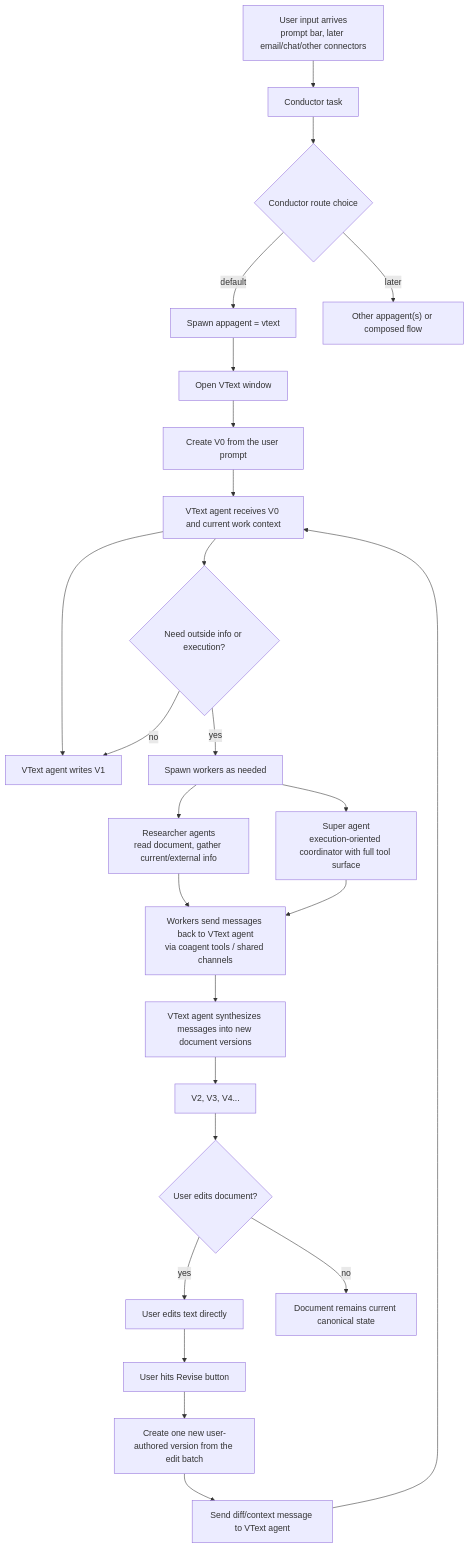
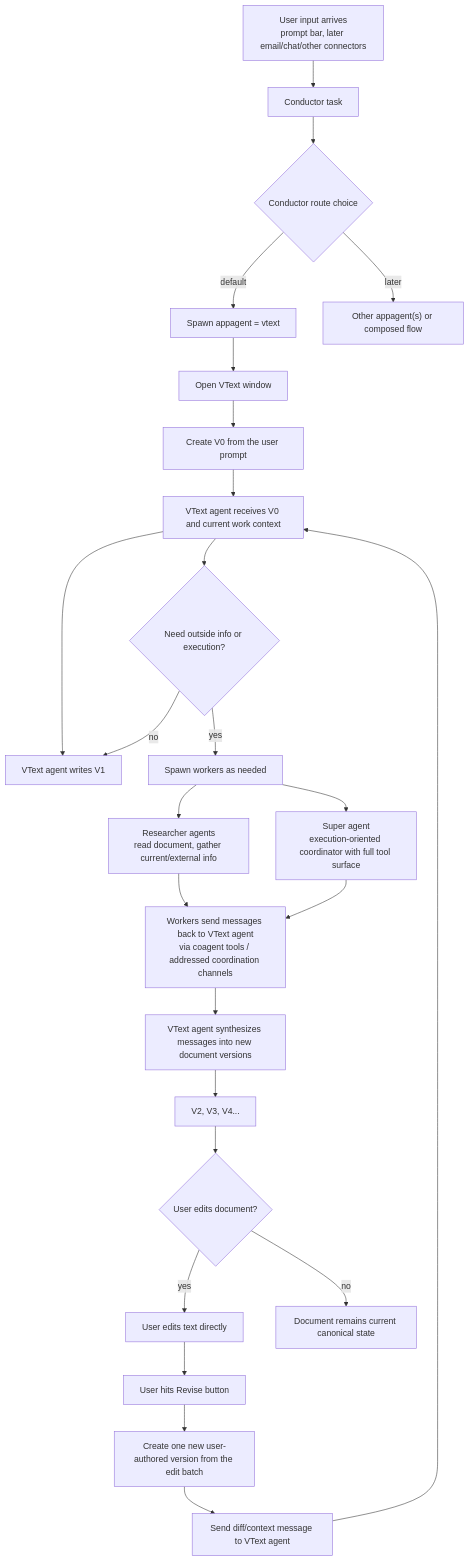
Before and after one commit to yusefmosiah/go-choir: the diagram in PROJECT-GOALS.md, drawn with Mermaid. The commit also changed 21 other files, not shown here.

````diff
--- a/PROJECT-GOALS.md
+++ b/PROJECT-GOALS.md
@@ -30,32 +30,32 @@
 ```mermaid
 flowchart TD
     A["User input arrives<br/>prompt bar, later email/chat/other connectors"] --> B["Conductor task"]
     B --> C{"Conductor route choice"}
     C -->|default| D["Spawn appagent = vtext"]
     C -->|later| E["Other appagent(s) or composed flow"]
 
     D --> F["Open VText window"]
     F --> G["Create V0 from the user prompt"]
     G --> H["VText agent receives V0 and current work context"]
 
     H --> I["VText agent writes V1"]
     H --> J{"Need outside info or execution?"}
     J -->|yes| K["Spawn workers as needed"]
     J -->|no| I
 
     K --> L["Researcher agents<br/>read document, gather current/external info"]
     K --> M["Super agent<br/>execution-oriented coordinator with full tool surface"]
 
-    L --> N["Workers send messages back to VText agent<br/>via coagent tools / shared channels"]
+    L --> N["Workers send messages back to VText agent<br/>via coagent tools / addressed coordination channels"]
     M --> N
     N --> O["VText agent synthesizes messages into new document versions"]
     O --> P["V2, V3, V4..."]
 
     P --> Q{"User edits document?"}
     Q -->|yes| R["User edits text directly"]
     R --> S["User hits Revise button"]
     S --> T["Create one new user-authored version from the edit batch"]
     T --> U["Send diff/context message to VText agent"]
     U --> H
     Q -->|no| V["Document remains current canonical state"]
 ```
````
